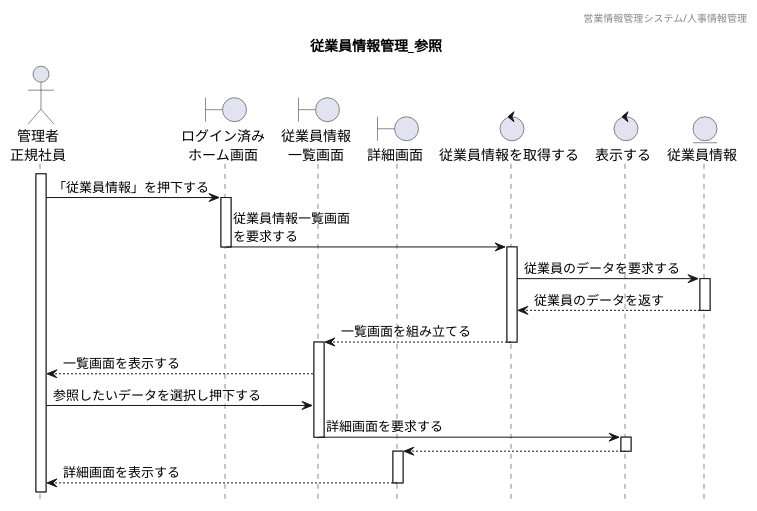
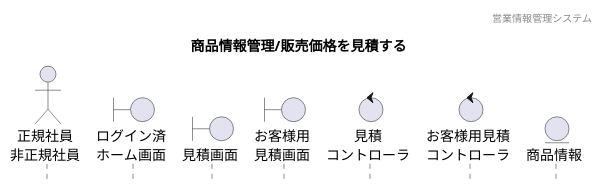
The diagram in 各種設計書/4シーケンス図/商品情報管理/4.見積/未_販売価格見積.plantuml (HaruShim/Sotuken), drawn with PlantUML before and after one commit. The commit also changed 12 other files, not shown here.

```diff
--- a/各種設計書/4シーケンス図/商品情報管理/4.見積/未_販売価格見積.plantuml
+++ b/各種設計書/4シーケンス図/商品情報管理/4.見積/未_販売価格見積.plantuml
@@ -1,53 +1,22 @@
 @startuml ../../images/見積/販売価格見積
-' 下アイコン除去
+
 hide footbox
-' ヘッダー
-header 営業情報管理システム/人事情報管理
-' タイトル
-title 従業員情報管理_参照
+header 営業情報管理システム
+title 商品情報管理/販売価格を見積する
 
+' actor "" as a
+actor "正規社員\n非正規社員" as a1
 
-' アイコン
-actor "管理者\n正規社員" as Act
-boundary "ログイン済み\nホーム画面" as HomeSc
-boundary "従業員情報\n一覧画面" as StaffListSc
-boundary "詳細画面" as StaffSc
-control "従業員情報を取得する" as StaffCl
-control "表示する" as ScCl
-entity "従業員情報" as StaffDB
+' boundary "" as b
+boundary "ログイン済\nホーム画面" as b1
+boundary "見積画面" as b2
+boundary "お客様用\n見積画面" as b3
 
+' control "" as c
+control "見積\nコントローラ" as c1
+control "お客様用見積\nコントローラ" as c2
 
-
-' ログイン済みホーム画面から一覧表示までのシーケンス
-activate Act
-Act -> HomeSc : 「従業員情報」を押下する
-activate HomeSc
-HomeSc -> StaffCl : 従業員情報一覧画面\nを要求する
-deactivate
-activate StaffCl
-
-StaffCl -> StaffDB : 従業員のデータを要求する
-activate StaffDB
-StaffCl <-- StaffDB : 従業員のデータを返す
-deactivate
-StaffListSc <-- StaffCl : 一覧画面を組み立てる
-deactivate
-activate StaffListSc
-Act <-- StaffListSc : 一覧画面を表示する
-
-
-' 詳細画面表示までのシーケンス
-Act -> StaffListSc : 参照したいデータを選択し押下する
-StaffListSc -> ScCl : 詳細画面を要求する
-deactivate
-activate ScCl
-StaffSc <-- ScCl
-deactivate
-activate StaffSc
-Act <-- StaffSc : 詳細画面を表示する
-deactivate
-
-
-
+' entity "" as e
+entity "商品情報" as e1
 
 @enduml
```
